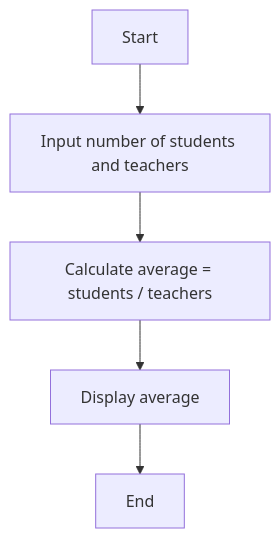
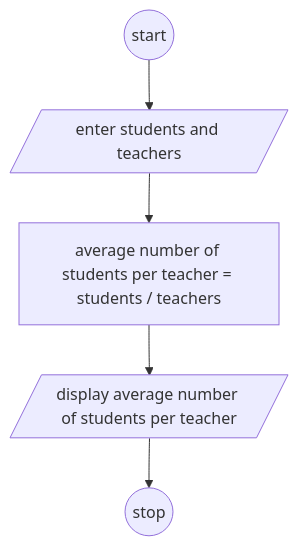
The diagram in EX1.md (zmef/cplusplus), drawn with Mermaid before and after one commit.

````diff
--- a/EX1.md
+++ b/EX1.md
@@ -1,7 +1,7 @@
 ```mermaid
-flowchart TD;
-    A[Start] --> B[Input number of students and teachers];
-    B --> C[Calculate average = students / teachers];
-    C --> D[Display average];
-    D --> E[End];
+flowchart TD
+    A((start)) --> B[/enter students and teachers/]
+    B --> C[average number of students per teacher = students / teachers]
+    C --> D[/display average number of students per teacher/]
+    D --> E((stop))
 ```
````
